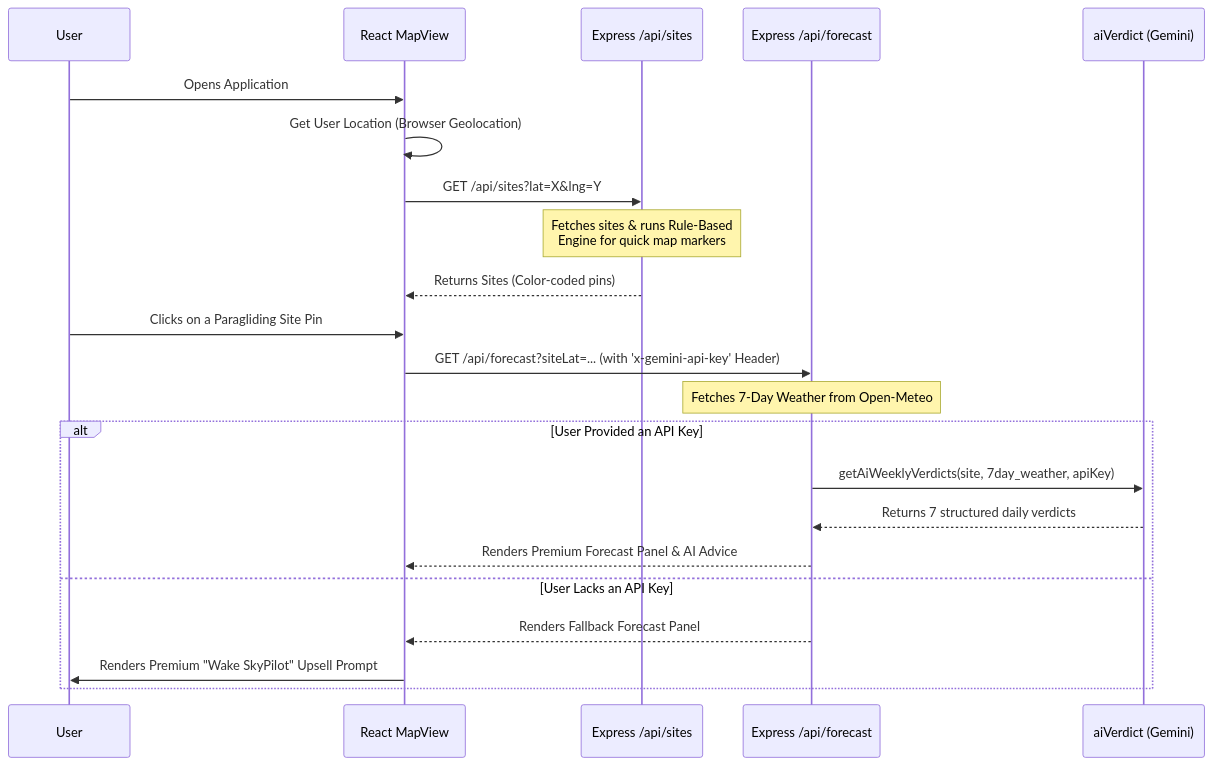
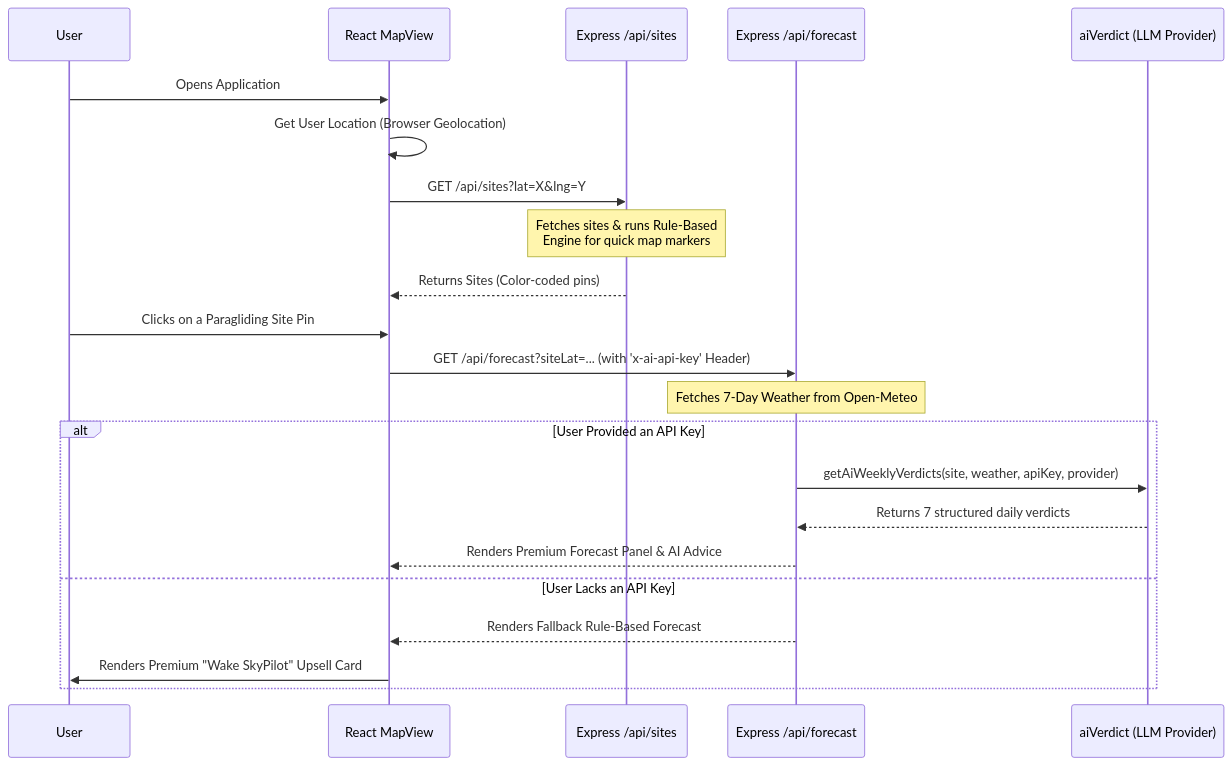
Before and after one commit to rupeshdabbir/Paragliding-agent: the first of 3 diagrams in README.md, drawn with Mermaid. The commit also changed other lines of this file and 1 other file, not shown here.

Commit message:
docs: Update README to reflect strict multi-provider BYOK architecture, API key handling, and revised environment setup instructions.

````diff
--- a/README.md
+++ b/README.md
@@ -126,28 +126,28 @@
 ```mermaid
 sequenceDiagram
     participant User
     participant MapUI as React MapView
     participant SiteAPI as Express /api/sites
     participant ForecastAPI as Express /api/forecast
-    participant AI as aiVerdict (Gemini)
+    participant AI as aiVerdict (LLM Provider)
     
     User->>MapUI: Opens Application
     MapUI->>MapUI: Get User Location (Browser Geolocation)
     MapUI->>SiteAPI: GET /api/sites?lat=X&lng=Y
     Note over SiteAPI: Fetches sites & runs Rule-Based<br/>Engine for quick map markers
     SiteAPI-->>MapUI: Returns Sites (Color-coded pins)
     
     User->>MapUI: Clicks on a Paragliding Site Pin
-    MapUI->>ForecastAPI: GET /api/forecast?siteLat=... (with 'x-gemini-api-key' Header)
+    MapUI->>ForecastAPI: GET /api/forecast?siteLat=... (with 'x-ai-api-key' Header)
     Note over ForecastAPI: Fetches 7-Day Weather from Open-Meteo
     
     alt User Provided an API Key
-        ForecastAPI->>AI: getAiWeeklyVerdicts(site, 7day_weather, apiKey)
+        ForecastAPI->>AI: getAiWeeklyVerdicts(site, weather, apiKey, provider)
         AI-->>ForecastAPI: Returns 7 structured daily verdicts
         ForecastAPI-->>MapUI: Renders Premium Forecast Panel & AI Advice
     else User Lacks an API Key
-        ForecastAPI-->>MapUI: Renders Fallback Forecast Panel
-        MapUI->>User: Renders Premium "Wake SkyPilot" Upsell Prompt
+        ForecastAPI-->>MapUI: Renders Fallback Rule-Based Forecast
+        MapUI->>User: Renders Premium "Wake SkyPilot" Upsell Card
     end
 
 ```
````
